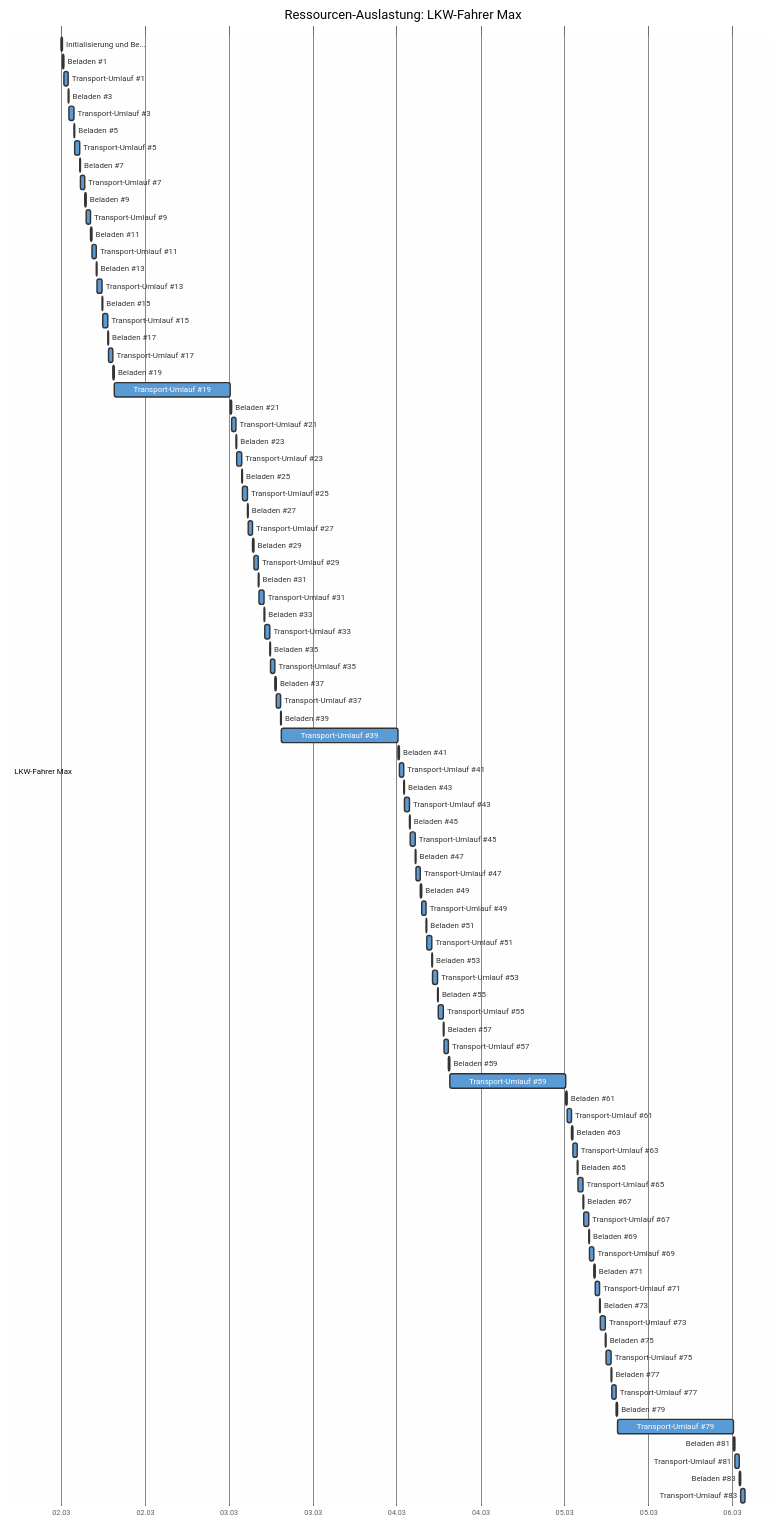
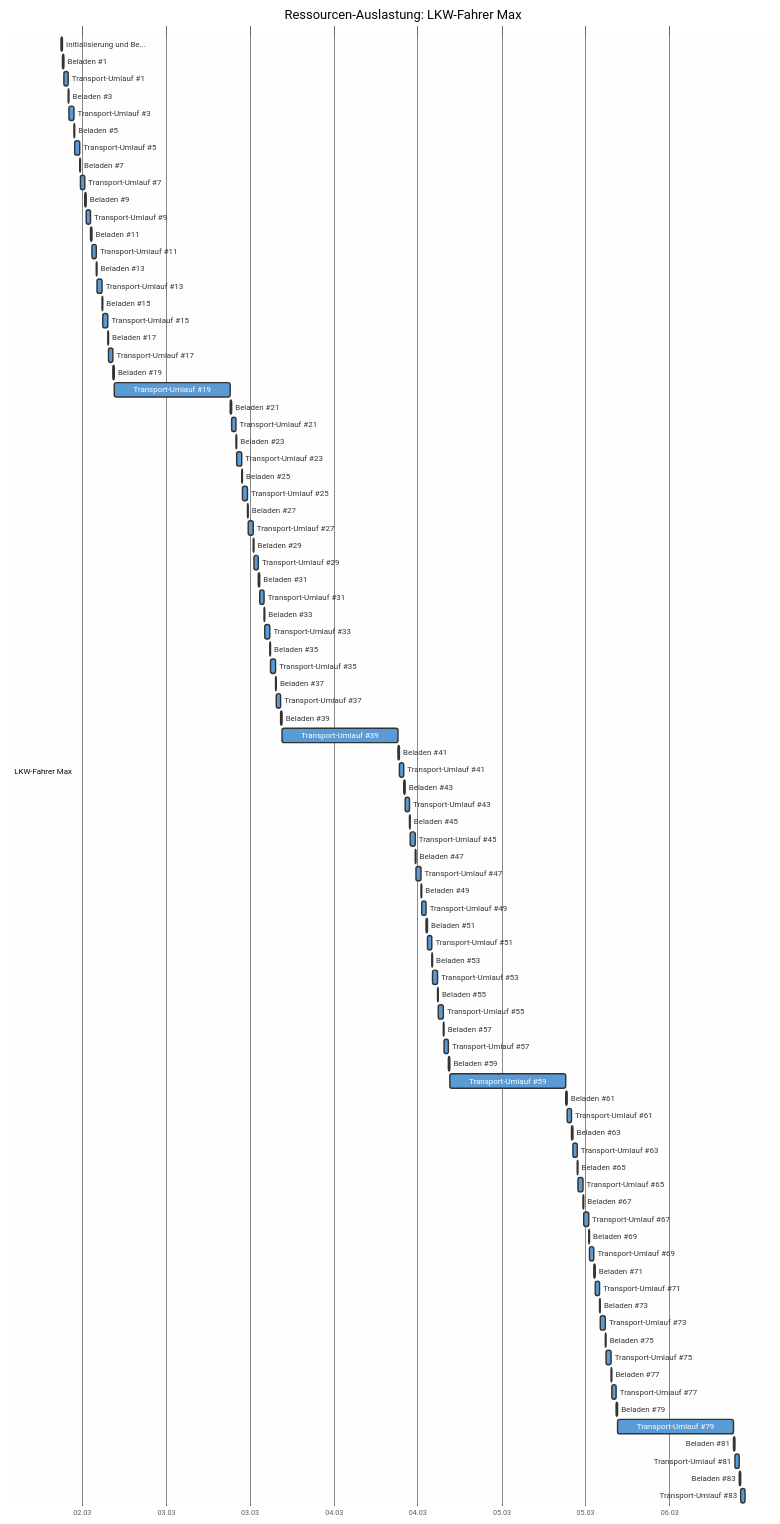
Before and after one commit to mistamichael/sproject: the sixth of 8 diagrams in tests/golden/erdaushub.md, drawn with Mermaid. The commit also changed other lines of this file and 34 other files, not shown here.

````diff
--- a/tests/golden/erdaushub.md
+++ b/tests/golden/erdaushub.md
@@ -1213,89 +1213,89 @@
 
     section LKW-Fahrer Max
 
-    Initialisierung und Be...   :t0, 2026-03-02 00:00, 2026-03-02 00:15
-    Beladen #1                  :t1, 2026-03-02 00:15, 2026-03-02 00:23
-    Transport-Umlauf #1         :t2, 2026-03-02 00:23, 2026-03-02 01:02
-    Beladen #3                  :t3, 2026-03-02 01:02, 2026-03-02 01:10
-    Transport-Umlauf #3         :t4, 2026-03-02 01:10, 2026-03-02 01:50
-    Beladen #5                  :t5, 2026-03-02 01:50, 2026-03-02 01:58
-    Transport-Umlauf #5         :t6, 2026-03-02 01:58, 2026-03-02 02:38
-    Beladen #7                  :t7, 2026-03-02 02:38, 2026-03-02 02:46
-    Transport-Umlauf #7         :t8, 2026-03-02 02:46, 2026-03-02 03:26
-    Beladen #9                  :t9, 2026-03-02 03:26, 2026-03-02 03:34
-    Transport-Umlauf #9         :t10, 2026-03-02 03:34, 2026-03-02 04:14
-    Beladen #11                 :t11, 2026-03-02 04:14, 2026-03-02 04:23
-    Transport-Umlauf #11        :t12, 2026-03-02 04:23, 2026-03-02 05:03
-    Beladen #13                 :t13, 2026-03-02 05:03, 2026-03-02 05:11
-    Transport-Umlauf #13        :t14, 2026-03-02 05:11, 2026-03-02 05:51
-    Beladen #15                 :t15, 2026-03-02 05:51, 2026-03-02 05:59
-    Transport-Umlauf #15        :t16, 2026-03-02 05:59, 2026-03-02 06:39
-    Beladen #17                 :t17, 2026-03-02 06:39, 2026-03-02 06:47
-    Transport-Umlauf #17        :t18, 2026-03-02 06:47, 2026-03-02 07:27
-    Beladen #19                 :t19, 2026-03-02 07:27, 2026-03-02 07:35
-    Transport-Umlauf #19        :t20, 2026-03-02 07:35, 2026-03-03 00:15
-    Beladen #21                 :t21, 2026-03-03 00:15, 2026-03-03 00:23
-    Transport-Umlauf #21        :t22, 2026-03-03 00:23, 2026-03-03 01:03
-    Beladen #23                 :t23, 2026-03-03 01:03, 2026-03-03 01:11
-    Transport-Umlauf #23        :t24, 2026-03-03 01:11, 2026-03-03 01:51
-    Beladen #25                 :t25, 2026-03-03 01:51, 2026-03-03 01:59
-    Transport-Umlauf #25        :t26, 2026-03-03 01:59, 2026-03-03 02:38
-    Beladen #27                 :t27, 2026-03-03 02:38, 2026-03-03 02:46
-    Transport-Umlauf #27        :t28, 2026-03-03 02:46, 2026-03-03 03:26
-    Beladen #29                 :t29, 2026-03-03 03:26, 2026-03-03 03:34
-    Transport-Umlauf #29        :t30, 2026-03-03 03:34, 2026-03-03 04:14
-    Beladen #31                 :t31, 2026-03-03 04:14, 2026-03-03 04:22
-    Transport-Umlauf #31        :t32, 2026-03-03 04:22, 2026-03-03 05:02
-    Beladen #33                 :t33, 2026-03-03 05:02, 2026-03-03 05:10
-    Transport-Umlauf #33        :t34, 2026-03-03 05:10, 2026-03-03 05:50
-    Beladen #35                 :t35, 2026-03-03 05:50, 2026-03-03 05:58
-    Transport-Umlauf #35        :t36, 2026-03-03 05:58, 2026-03-03 06:38
-    Beladen #37                 :t37, 2026-03-03 06:38, 2026-03-03 06:46
-    Transport-Umlauf #37        :t38, 2026-03-03 06:46, 2026-03-03 07:26
-    Beladen #39                 :t39, 2026-03-03 07:26, 2026-03-03 07:34
-    Transport-Umlauf #39        :t40, 2026-03-03 07:34, 2026-03-04 00:14
-    Beladen #41                 :t41, 2026-03-04 00:14, 2026-03-04 00:22
-    Transport-Umlauf #41        :t42, 2026-03-04 00:22, 2026-03-04 01:02
-    Beladen #43                 :t43, 2026-03-04 01:02, 2026-03-04 01:10
-    Transport-Umlauf #43        :t44, 2026-03-04 01:10, 2026-03-04 01:50
-    Beladen #45                 :t45, 2026-03-04 01:50, 2026-03-04 01:58
-    Transport-Umlauf #45        :t46, 2026-03-04 01:58, 2026-03-04 02:38
-    Beladen #47                 :t47, 2026-03-04 02:38, 2026-03-04 02:46
-    Transport-Umlauf #47        :t48, 2026-03-04 02:46, 2026-03-04 03:26
-    Beladen #49                 :t49, 2026-03-04 03:26, 2026-03-04 03:34
-    Transport-Umlauf #49        :t50, 2026-03-04 03:34, 2026-03-04 04:14
-    Beladen #51                 :t51, 2026-03-04 04:14, 2026-03-04 04:22
-    Transport-Umlauf #51        :t52, 2026-03-04 04:22, 2026-03-04 05:02
-    Beladen #53                 :t53, 2026-03-04 05:02, 2026-03-04 05:10
-    Transport-Umlauf #53        :t54, 2026-03-04 05:10, 2026-03-04 05:50
-    Beladen #55                 :t55, 2026-03-04 05:50, 2026-03-04 05:58
-    Transport-Umlauf #55        :t56, 2026-03-04 05:58, 2026-03-04 06:39
-    Beladen #57                 :t57, 2026-03-04 06:39, 2026-03-04 06:47
-    Transport-Umlauf #57        :t58, 2026-03-04 06:47, 2026-03-04 07:27
-    Beladen #59                 :t59, 2026-03-04 07:27, 2026-03-04 07:35
-    Transport-Umlauf #59        :t60, 2026-03-04 07:35, 2026-03-05 00:15
-    Beladen #61                 :t61, 2026-03-05 00:15, 2026-03-05 00:23
-    Transport-Umlauf #61        :t62, 2026-03-05 00:23, 2026-03-05 01:03
-    Beladen #63                 :t63, 2026-03-05 01:03, 2026-03-05 01:11
-    Transport-Umlauf #63        :t64, 2026-03-05 01:11, 2026-03-05 01:51
-    Beladen #65                 :t65, 2026-03-05 01:51, 2026-03-05 01:59
-    Transport-Umlauf #65        :t66, 2026-03-05 01:59, 2026-03-05 02:39
-    Beladen #67                 :t67, 2026-03-05 02:39, 2026-03-05 02:47
-    Transport-Umlauf #67        :t68, 2026-03-05 02:47, 2026-03-05 03:27
-    Beladen #69                 :t69, 2026-03-05 03:27, 2026-03-05 03:35
-    Transport-Umlauf #69        :t70, 2026-03-05 03:35, 2026-03-05 04:15
-    Beladen #71                 :t71, 2026-03-05 04:15, 2026-03-05 04:23
-    Transport-Umlauf #71        :t72, 2026-03-05 04:23, 2026-03-05 05:03
-    Beladen #73                 :t73, 2026-03-05 05:03, 2026-03-05 05:11
-    Transport-Umlauf #73        :t74, 2026-03-05 05:11, 2026-03-05 05:51
-    Beladen #75                 :t75, 2026-03-05 05:51, 2026-03-05 05:59
-    Transport-Umlauf #75        :t76, 2026-03-05 05:59, 2026-03-05 06:39
-    Beladen #77                 :t77, 2026-03-05 06:39, 2026-03-05 06:47
-    Transport-Umlauf #77        :t78, 2026-03-05 06:47, 2026-03-05 07:27
-    Beladen #79                 :t79, 2026-03-05 07:27, 2026-03-05 07:35
-    Transport-Umlauf #79        :t80, 2026-03-05 07:35, 2026-03-06 00:15
-    Beladen #81                 :t81, 2026-03-06 00:15, 2026-03-06 00:23
-    Transport-Umlauf #81        :t82, 2026-03-06 00:23, 2026-03-06 01:03
-    Beladen #83                 :t83, 2026-03-06 01:03, 2026-03-06 01:11
-    Transport-Umlauf #83        :t84, 2026-03-06 01:11, 2026-03-06 01:51
+    Initialisierung und Be...   :t0, 2026-03-02 09:00, 2026-03-02 09:15
+    Beladen #1                  :t1, 2026-03-02 09:15, 2026-03-02 09:23
+    Transport-Umlauf #1         :t2, 2026-03-02 09:23, 2026-03-02 10:03
+    Beladen #3                  :t3, 2026-03-02 10:03, 2026-03-02 10:11
+    Transport-Umlauf #3         :t4, 2026-03-02 10:11, 2026-03-02 10:51
+    Beladen #5                  :t5, 2026-03-02 10:51, 2026-03-02 10:59
+    Transport-Umlauf #5         :t6, 2026-03-02 10:59, 2026-03-02 11:39
+    Beladen #7                  :t7, 2026-03-02 11:39, 2026-03-02 11:47
+    Transport-Umlauf #7         :t8, 2026-03-02 11:47, 2026-03-02 12:27
+    Beladen #9                  :t9, 2026-03-02 12:27, 2026-03-02 12:35
+    Transport-Umlauf #9         :t10, 2026-03-02 12:35, 2026-03-02 13:15
+    Beladen #11                 :t11, 2026-03-02 13:15, 2026-03-02 13:23
+    Transport-Umlauf #11        :t12, 2026-03-02 13:23, 2026-03-02 14:03
+    Beladen #13                 :t13, 2026-03-02 14:03, 2026-03-02 14:11
+    Transport-Umlauf #13        :t14, 2026-03-02 14:11, 2026-03-02 14:51
+    Beladen #15                 :t15, 2026-03-02 14:51, 2026-03-02 14:59
+    Transport-Umlauf #15        :t16, 2026-03-02 14:59, 2026-03-02 15:39
+    Beladen #17                 :t17, 2026-03-02 15:39, 2026-03-02 15:47
+    Transport-Umlauf #17        :t18, 2026-03-02 15:47, 2026-03-02 16:27
+    Beladen #19                 :t19, 2026-03-02 16:27, 2026-03-02 16:35
+    Transport-Umlauf #19        :t20, 2026-03-02 16:35, 2026-03-03 09:15
+    Beladen #21                 :t21, 2026-03-03 09:15, 2026-03-03 09:23
+    Transport-Umlauf #21        :t22, 2026-03-03 09:23, 2026-03-03 10:03
+    Beladen #23                 :t23, 2026-03-03 10:03, 2026-03-03 10:11
+    Transport-Umlauf #23        :t24, 2026-03-03 10:11, 2026-03-03 10:51
+    Beladen #25                 :t25, 2026-03-03 10:51, 2026-03-03 10:59
+    Transport-Umlauf #25        :t26, 2026-03-03 10:59, 2026-03-03 11:39
+    Beladen #27                 :t27, 2026-03-03 11:39, 2026-03-03 11:47
+    Transport-Umlauf #27        :t28, 2026-03-03 11:47, 2026-03-03 12:27
+    Beladen #29                 :t29, 2026-03-03 12:27, 2026-03-03 12:35
+    Transport-Umlauf #29        :t30, 2026-03-03 12:35, 2026-03-03 13:15
+    Beladen #31                 :t31, 2026-03-03 13:15, 2026-03-03 13:23
+    Transport-Umlauf #31        :t32, 2026-03-03 13:23, 2026-03-03 14:03
+    Beladen #33                 :t33, 2026-03-03 14:03, 2026-03-03 14:11
+    Transport-Umlauf #33        :t34, 2026-03-03 14:11, 2026-03-03 14:51
+    Beladen #35                 :t35, 2026-03-03 14:51, 2026-03-03 14:59
+    Transport-Umlauf #35        :t36, 2026-03-03 14:59, 2026-03-03 15:39
+    Beladen #37                 :t37, 2026-03-03 15:39, 2026-03-03 15:47
+    Transport-Umlauf #37        :t38, 2026-03-03 15:47, 2026-03-03 16:27
+    Beladen #39                 :t39, 2026-03-03 16:27, 2026-03-03 16:35
+    Transport-Umlauf #39        :t40, 2026-03-03 16:35, 2026-03-04 09:15
+    Beladen #41                 :t41, 2026-03-04 09:15, 2026-03-04 09:23
+    Transport-Umlauf #41        :t42, 2026-03-04 09:23, 2026-03-04 10:03
+    Beladen #43                 :t43, 2026-03-04 10:03, 2026-03-04 10:11
+    Transport-Umlauf #43        :t44, 2026-03-04 10:11, 2026-03-04 10:51
+    Beladen #45                 :t45, 2026-03-04 10:51, 2026-03-04 10:59
+    Transport-Umlauf #45        :t46, 2026-03-04 10:59, 2026-03-04 11:39
+    Beladen #47                 :t47, 2026-03-04 11:39, 2026-03-04 11:47
+    Transport-Umlauf #47        :t48, 2026-03-04 11:47, 2026-03-04 12:27
+    Beladen #49                 :t49, 2026-03-04 12:27, 2026-03-04 12:35
+    Transport-Umlauf #49        :t50, 2026-03-04 12:35, 2026-03-04 13:15
+    Beladen #51                 :t51, 2026-03-04 13:15, 2026-03-04 13:23
+    Transport-Umlauf #51        :t52, 2026-03-04 13:23, 2026-03-04 14:03
+    Beladen #53                 :t53, 2026-03-04 14:03, 2026-03-04 14:11
+    Transport-Umlauf #53        :t54, 2026-03-04 14:11, 2026-03-04 14:51
+    Beladen #55                 :t55, 2026-03-04 14:51, 2026-03-04 14:59
+    Transport-Umlauf #55        :t56, 2026-03-04 14:59, 2026-03-04 15:39
+    Beladen #57                 :t57, 2026-03-04 15:39, 2026-03-04 15:47
+    Transport-Umlauf #57        :t58, 2026-03-04 15:47, 2026-03-04 16:27
+    Beladen #59                 :t59, 2026-03-04 16:27, 2026-03-04 16:35
+    Transport-Umlauf #59        :t60, 2026-03-04 16:35, 2026-03-05 09:15
+    Beladen #61                 :t61, 2026-03-05 09:15, 2026-03-05 09:23
+    Transport-Umlauf #61        :t62, 2026-03-05 09:23, 2026-03-05 10:03
+    Beladen #63                 :t63, 2026-03-05 10:03, 2026-03-05 10:11
+    Transport-Umlauf #63        :t64, 2026-03-05 10:11, 2026-03-05 10:51
+    Beladen #65                 :t65, 2026-03-05 10:51, 2026-03-05 10:59
+    Transport-Umlauf #65        :t66, 2026-03-05 10:59, 2026-03-05 11:39
+    Beladen #67                 :t67, 2026-03-05 11:39, 2026-03-05 11:47
+    Transport-Umlauf #67        :t68, 2026-03-05 11:47, 2026-03-05 12:27
+    Beladen #69                 :t69, 2026-03-05 12:27, 2026-03-05 12:35
+    Transport-Umlauf #69        :t70, 2026-03-05 12:35, 2026-03-05 13:15
+    Beladen #71                 :t71, 2026-03-05 13:15, 2026-03-05 13:23
+    Transport-Umlauf #71        :t72, 2026-03-05 13:23, 2026-03-05 14:03
+    Beladen #73                 :t73, 2026-03-05 14:03, 2026-03-05 14:11
+    Transport-Umlauf #73        :t74, 2026-03-05 14:11, 2026-03-05 14:51
+    Beladen #75                 :t75, 2026-03-05 14:51, 2026-03-05 14:59
+    Transport-Umlauf #75        :t76, 2026-03-05 14:59, 2026-03-05 15:39
+    Beladen #77                 :t77, 2026-03-05 15:39, 2026-03-05 15:47
+    Transport-Umlauf #77        :t78, 2026-03-05 15:47, 2026-03-05 16:27
+    Beladen #79                 :t79, 2026-03-05 16:27, 2026-03-05 16:35
+    Transport-Umlauf #79        :t80, 2026-03-05 16:35, 2026-03-06 09:15
+    Beladen #81                 :t81, 2026-03-06 09:15, 2026-03-06 09:23
+    Transport-Umlauf #81        :t82, 2026-03-06 09:23, 2026-03-06 10:03
+    Beladen #83                 :t83, 2026-03-06 10:03, 2026-03-06 10:11
+    Transport-Umlauf #83        :t84, 2026-03-06 10:11, 2026-03-06 10:51
 ```
````
